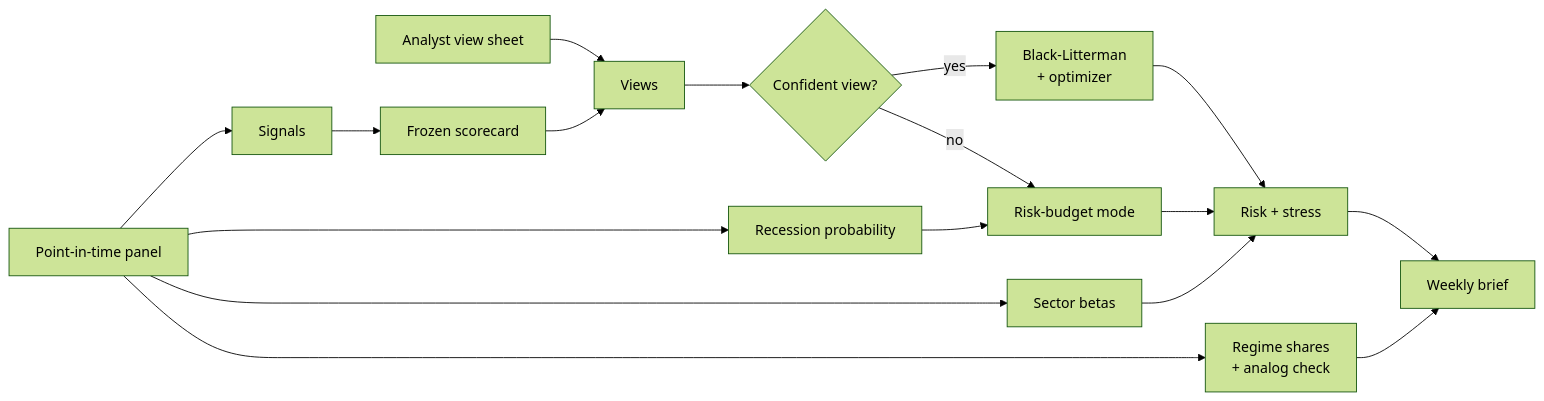
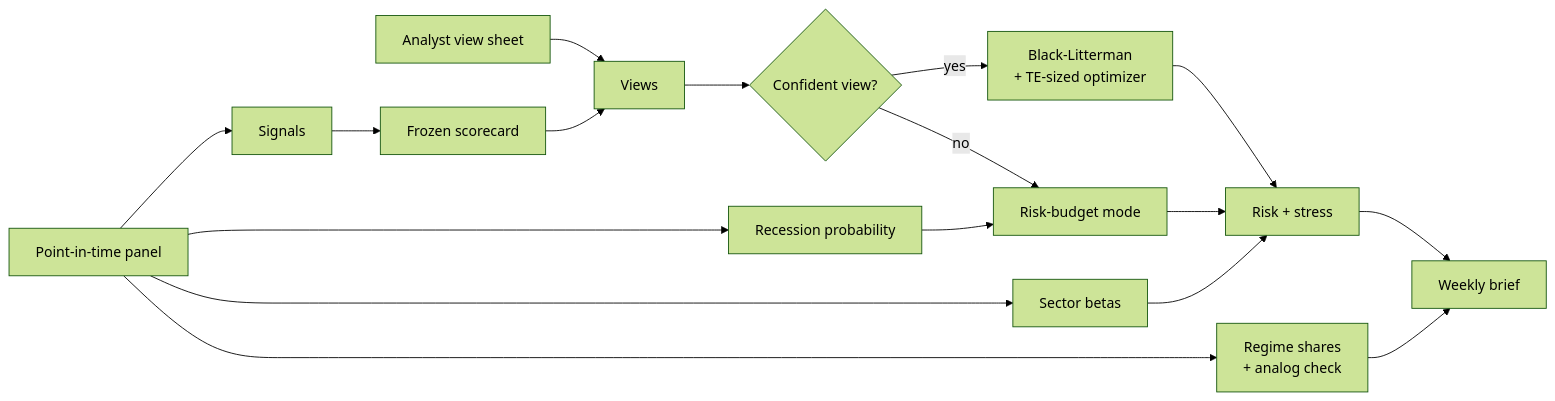
Before and after one commit to el0617/new_SIG_packages-test: the diagram in quantamental/README.md, drawn with Mermaid (forest theme). The commit also changed other lines of this file and 62 other files, not shown here.

````diff
--- a/quantamental/README.md
+++ b/quantamental/README.md
@@ -10,19 +12,19 @@
 ```mermaid
 flowchart LR
     D[Point-in-time panel] --> R[Regime shares<br/>+ analog check]
     D --> P[Recession probability]
     D --> B[Sector betas]
     D --> S[Signals]
     S --> C[Frozen scorecard]
     A[Analyst view sheet] --> V[Views]
     C --> V
     V --> M{Confident view?}
-    M -- yes --> BL[Black-Litterman<br/>+ optimizer]
+    M -- yes --> BL[Black-Litterman<br/>+ TE-sized optimizer]
     M -- no --> RB[Risk-budget mode]
     P --> RB
     BL --> K[Risk + stress]
     RB --> K
     B --> K
     K --> W[Weekly brief]
     R --> W
 ```
````
